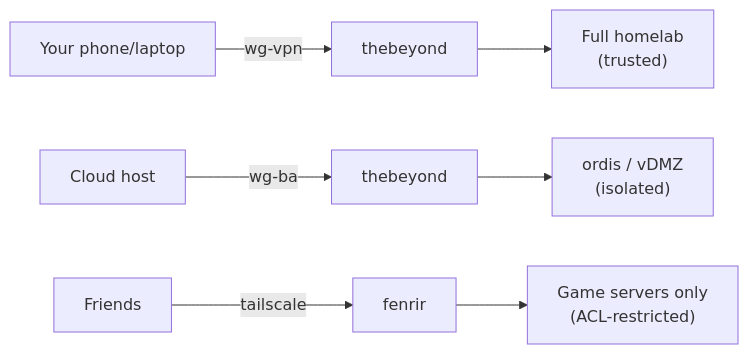
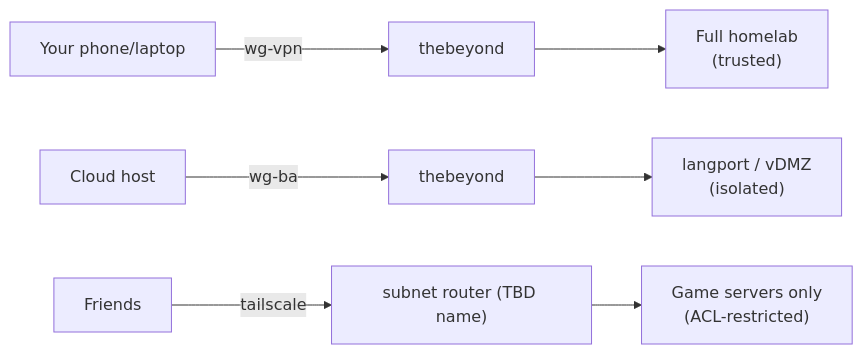
Before and after one commit to mutantmell/dotfiles: the third of 3 diagrams in llm-notes/headscale-integration-plan.md, drawn with Mermaid. The commit also changed other lines of this file and 4 other files, not shown here.

````diff
--- a/llm-notes/headscale-integration-plan.md
+++ b/llm-notes/headscale-integration-plan.md
@@ -610,6 +610,6 @@
 ```mermaid
 flowchart LR
     You["Your phone/laptop"] -->|wg-vpn| Y1["thebeyond"] --> HL["Full homelab\n(trusted)"]
-    Cloud["Cloud host"] -->|wg-ba| Y2["thebeyond"] --> Ordis["ordis / vDMZ\n(isolated)"]
-    Friends["Friends"] -->|tailscale| Fenrir["fenrir"] --> GS["Game servers only\n(ACL-restricted)"]
+    Cloud["Cloud host"] -->|wg-ba| Y2["thebeyond"] --> Langport["langport / vDMZ\n(isolated)"]
+    Friends["Friends"] -->|tailscale| SubnetRouter["subnet router (TBD name)"] --> GS["Game servers only\n(ACL-restricted)"]
 ```
````
